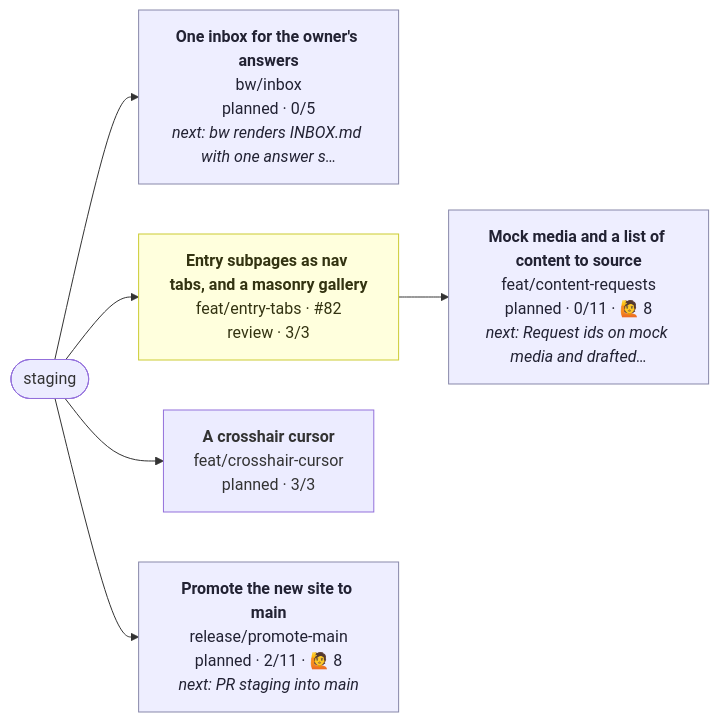
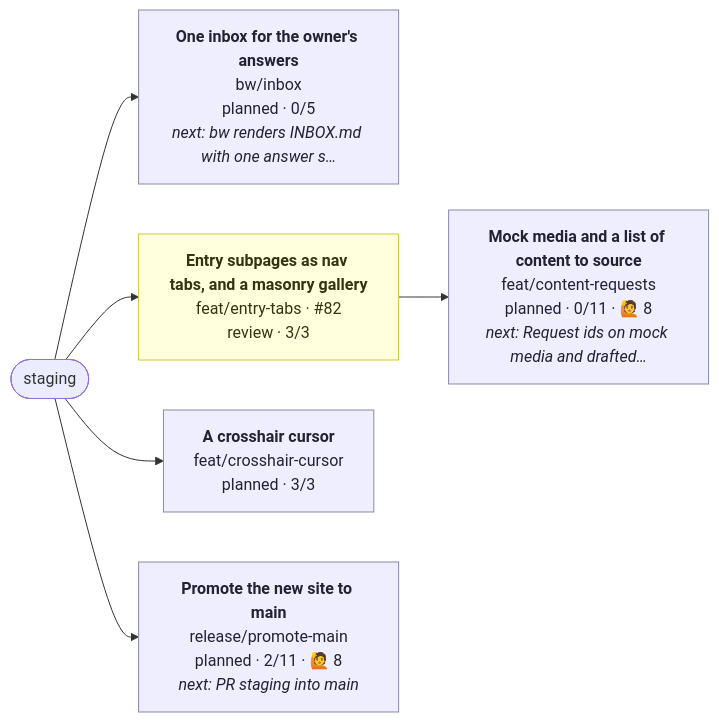
The diagram in CONTRIBUTING.md (henryjonescodes/portfolio), drawn with Mermaid before and after one commit. The commit also changed other lines of this file, not shown here.

````diff
--- a/CONTRIBUTING.md
+++ b/CONTRIBUTING.md
@@ -16,24 +16,24 @@
 ```mermaid
 flowchart LR
   n_staging([staging])
   n_bw_inbox["<b>One inbox for the owner's answers</b><br/>bw/inbox<br/>planned · 0/5<br/><i>next: bw renders INBOX.md with one answer s…</i>"]
   class n_bw_inbox planned
   n_staging --> n_bw_inbox
   n_feat_content_requests["<b>Mock media and a list of content to source</b><br/>feat/content-requests<br/>planned · 0/11 · 🙋 8<br/><i>next: Request ids on mock media and drafted…</i>"]
   class n_feat_content_requests planned
   n_feat_entry_tabs --> n_feat_content_requests
   n_feat_crosshair_cursor["<b>A crosshair cursor</b><br/>feat/crosshair-cursor<br/>planned · 3/3"]
-  class n_feat_crosshair_cursor planned,current
+  class n_feat_crosshair_cursor planned
   n_staging --> n_feat_crosshair_cursor
   n_feat_entry_tabs["<b>Entry subpages as nav tabs, and a masonry gallery</b><br/>feat/entry-tabs · #82<br/>review · 3/3"]
   class n_feat_entry_tabs review
   n_staging --> n_feat_entry_tabs
   n_release_promote_main["<b>Promote the new site to main</b><br/>release/promote-main<br/>planned · 2/11 · 🙋 8<br/><i>next: PR staging into main</i>"]
   class n_release_promote_main planned
   n_staging --> n_release_promote_main
   classDef planned fill:#eef,stroke:#88a,color:#223
   classDef active fill:#dfd,stroke:#3a3,stroke-width:3px,color:#132
   classDef blocked fill:#fdd,stroke:#c33,color:#311
   classDef review fill:#ffd,stroke:#cc3,color:#331
   classDef current stroke:#06c,stroke-width:4px
 ```
````
